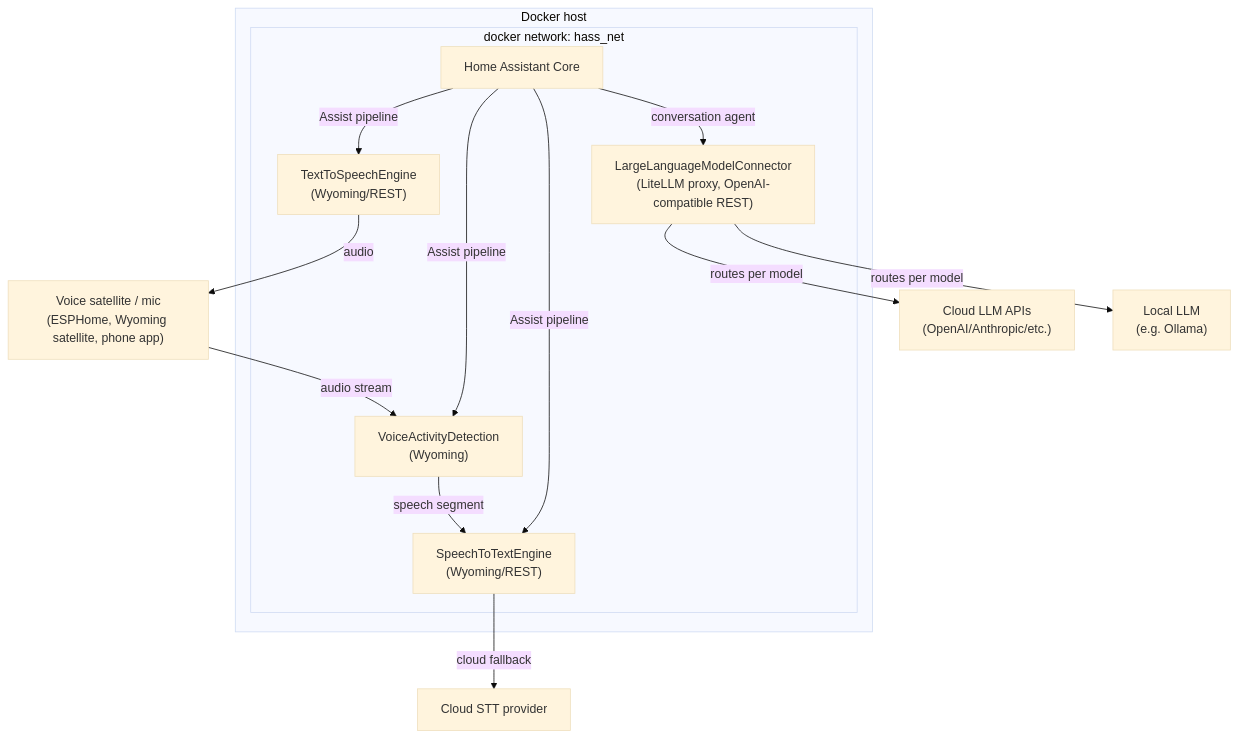
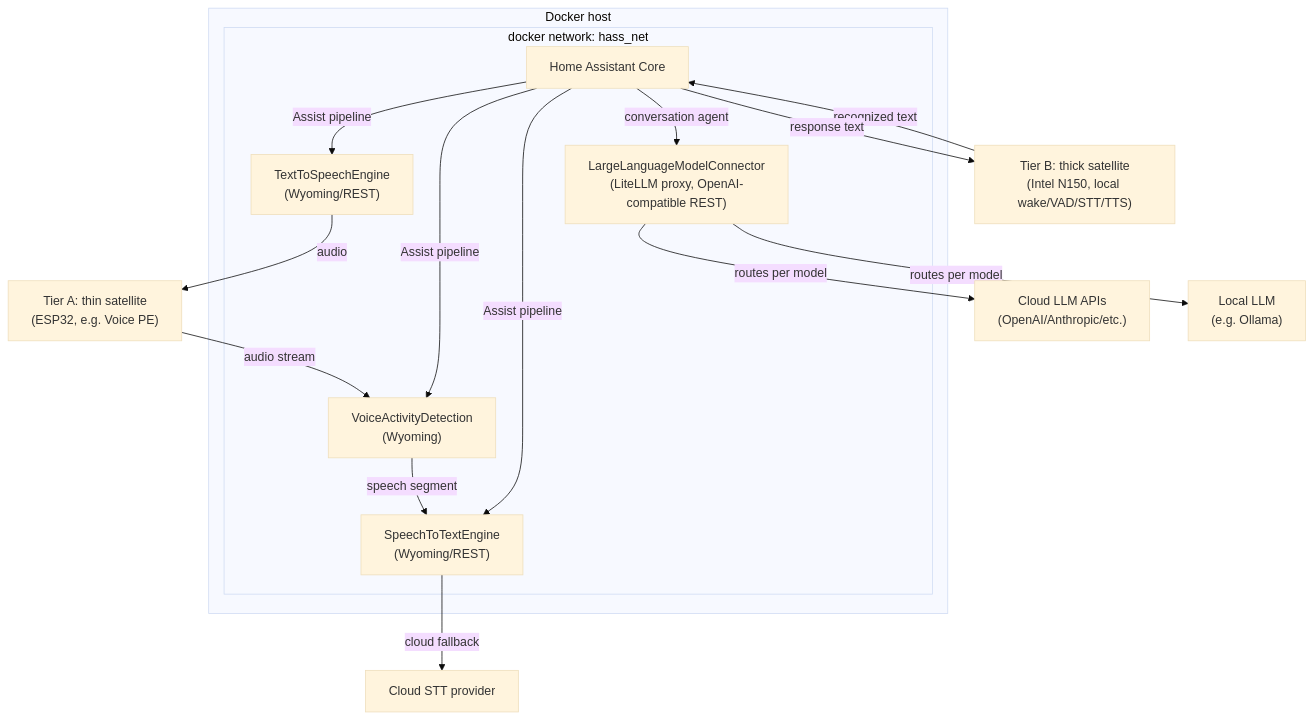
The diagram in architecture/README.md (Eaglegor/Hass), drawn with Mermaid (base theme) before and after one commit. The commit also changed other lines of this file, not shown here.

First line of the commit message:
Add two-tier satellite model to architecture draft

````diff
--- a/architecture/README.md
+++ b/architecture/README.md
@@ -27,23 +57,26 @@
 ```mermaid
 flowchart TB
     subgraph host["Docker host"]
         subgraph net_hass["docker network: hass_net"]
             HA["Home Assistant Core"]
             VAD["VoiceActivityDetection\n(Wyoming)"]
             STT["SpeechToTextEngine\n(Wyoming/REST)"]
             TTS["TextToSpeechEngine\n(Wyoming/REST)"]
             LLM["LargeLanguageModelConnector\n(LiteLLM proxy, OpenAI-compatible REST)"]
         end
     end
 
-    Mic["Voice satellite / mic\n(ESPHome, Wyoming satellite, phone app)"] -->|audio stream| VAD
+    SatA["Tier A: thin satellite\n(ESP32, e.g. Voice PE)"] -->|audio stream| VAD
     VAD -->|speech segment| STT
     STT -->|cloud fallback| CloudSTT["Cloud STT provider"]
     HA -->|Assist pipeline| VAD
     HA -->|Assist pipeline| STT
     HA -->|Assist pipeline| TTS
     HA -->|conversation agent| LLM
     LLM -->|routes per model| CloudLLM["Cloud LLM APIs\n(OpenAI/Anthropic/etc.)"]
     LLM -->|routes per model| LocalLLM["Local LLM\n(e.g. Ollama)"]
-    TTS -->|audio| Mic
+    TTS -->|audio| SatA
+
+    SatB["Tier B: thick satellite\n(Intel N150, local wake/VAD/STT/TTS)"] -->|recognized text| HA
+    HA -->|response text| SatB
 ```
````
